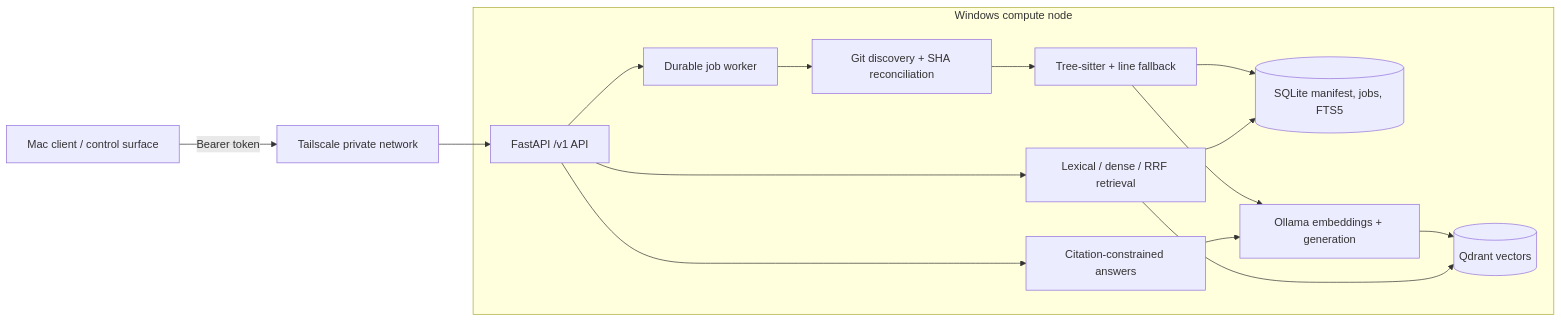
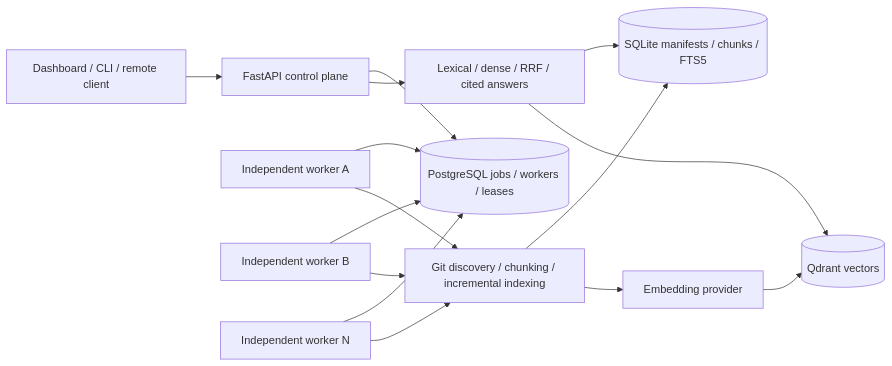
The diagram in README.md (yangchen1234/repomesh), drawn with Mermaid before and after one commit. The commit also changed other lines of this file and 37 other files, not shown here.

Commit message:
feat: coordinate independent indexing workers through PostgreSQL

````diff
--- a/README.md
+++ b/README.md
@@ -33,26 +33,16 @@
 ```mermaid
 flowchart LR
-    MAC[Mac client / control surface]
-    TS[Tailscale private network]
-
-    subgraph WIN[Windows compute node]
-        API[FastAPI /v1 API]
-        WORKER[Durable job worker]
-        DISC[Git discovery + SHA reconciliation]
-        CHUNK[Tree-sitter + line fallback]
-        RET[Lexical / dense / RRF retrieval]
-        ANSWER[Citation-constrained answers]
-        SQLITE[(SQLite manifest, jobs, FTS5)]
-        QDRANT[(Qdrant vectors)]
-        OLLAMA[Ollama embeddings + generation]
-    end
-
-    MAC -->|Bearer token| TS --> API
-    API --> WORKER --> DISC --> CHUNK
-    CHUNK --> SQLITE
-    CHUNK --> OLLAMA --> QDRANT
-    API --> RET
+    CLIENT[Dashboard / CLI / remote client] --> API[FastAPI control plane]
+    API --> PG[(PostgreSQL jobs / workers / leases)]
+    W1[Independent worker A] --> PG
+    W2[Independent worker B] --> PG
+    WN[Independent worker N] --> PG
+    W1 --> INDEX[Git discovery / chunking / incremental indexing]
+    W2 --> INDEX
+    WN --> INDEX
+    INDEX --> SQLITE[(SQLite manifests / chunks / FTS5)]
+    INDEX --> EMB[Embedding provider] --> QDRANT[(Qdrant vectors)]
+    API --> RET[Lexical / dense / RRF / cited answers]
     RET --> SQLITE
     RET --> QDRANT
-    API --> ANSWER --> OLLAMA
 ```
````
